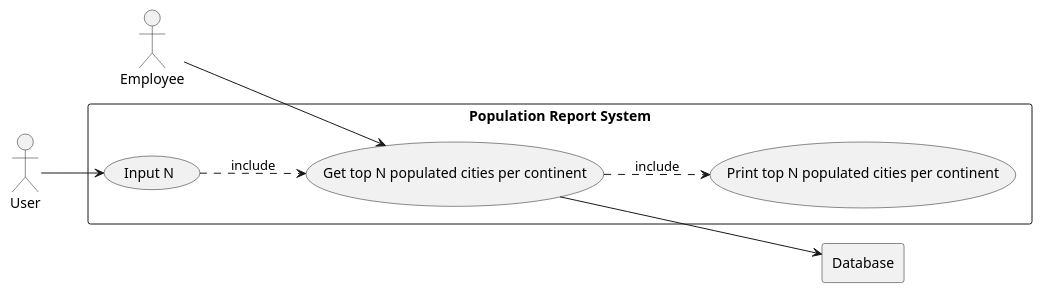
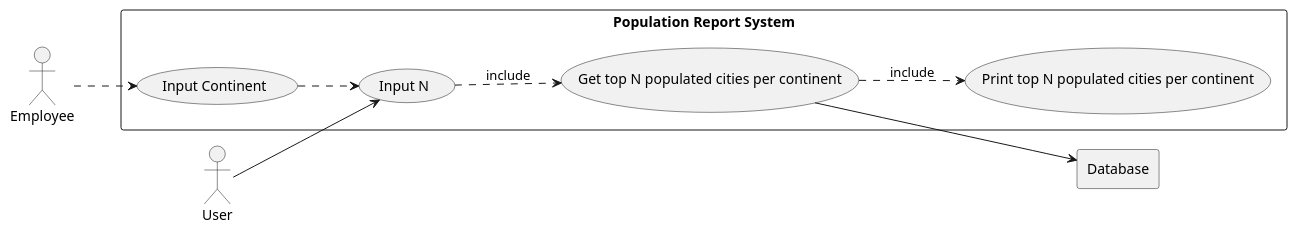
The diagram in use-cases/Population Report System.puml (KelvinPompey-40718390/sem-project-group6), drawn with PlantUML before and after one commit. The commit also changed 1 other file, not shown here.

Commit message:
Tweaked UC13 diagram

```diff
--- a/use-cases/Population Report System.puml
+++ b/use-cases/Population Report System.puml
@@ -1,20 +1,23 @@
 @startuml
 left to right direction
 actor E as "Employee"
 actor U as "User"
 
 rectangle "Population Report System" {
     usecase UC13 as "Get top N populated cities per continent"
 
     usecase UC13b as "Input N"
+    usecase UC13c as "Input Continent"
     usecase UC13a as "Print top N populated cities per continent"
 }
 rectangle Database
 
 U --> UC13b
+E ..> UC13c
+UC13c ..> UC13b
 UC13b ..> UC13 : include
-E --> UC13
+
 UC13 ..> UC13a : include
 UC13 --> Database
 
 @enduml
```
